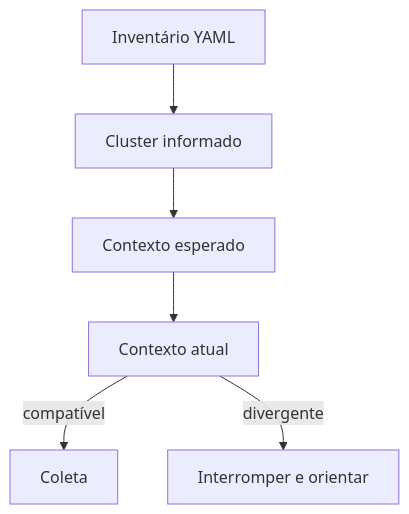
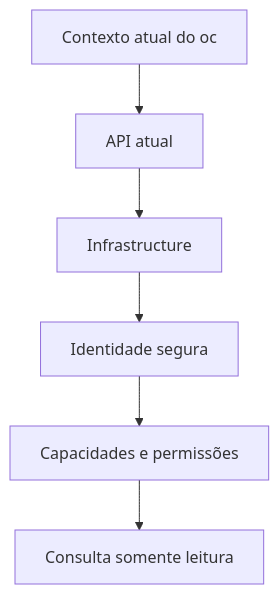
One commit to thiagobotelho/openshift-aiops-toolkit changed the fourth of 11 diagrams in docs/02-arquitetura.md. Above: the diagram before and after it, drawn with Mermaid. The commit also changed other lines of this file and 49 other files, not shown here.

````diff
--- a/docs/02-arquitetura.md
+++ b/docs/02-arquitetura.md
@@ -65,8 +65,8 @@
 ```mermaid
 flowchart TD
-  Inventario[Inventário YAML] --> Selecao[Cluster informado]
-  Selecao --> Contexto[Contexto esperado]
-  Contexto --> Atual[Contexto atual]
-  Atual -->|compatível| Coleta[Coleta]
-  Atual -->|divergente| Bloqueio[Interromper e orientar]
+  Contexto[Contexto atual do oc] --> API[API atual]
+  API --> Infra[Infrastructure]
+  Infra --> Identidade[Identidade segura]
+  Identidade --> Capacidades[Capacidades e permissões]
+  Capacidades --> Coleta[Consulta somente leitura]
 ```
````
